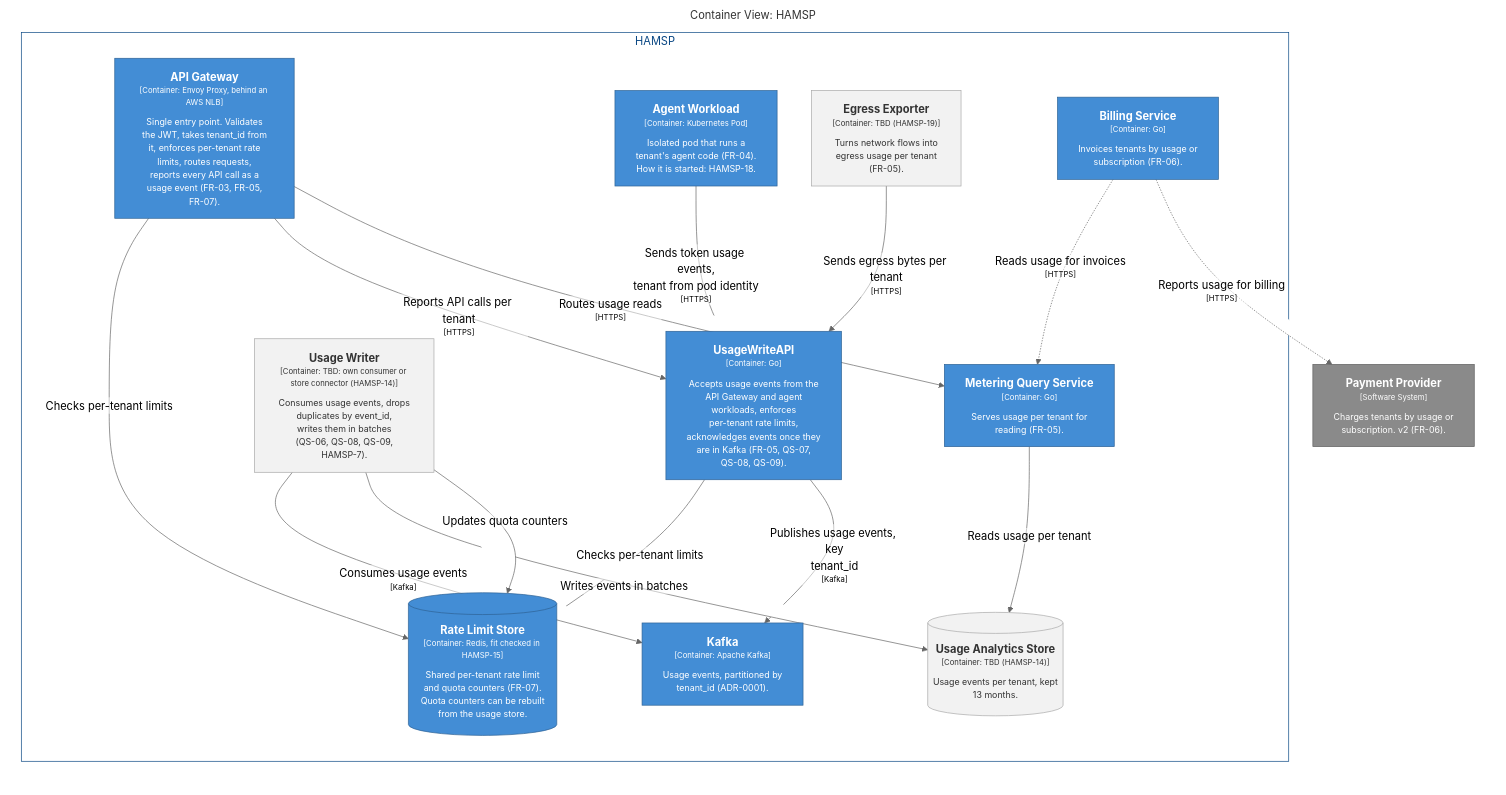
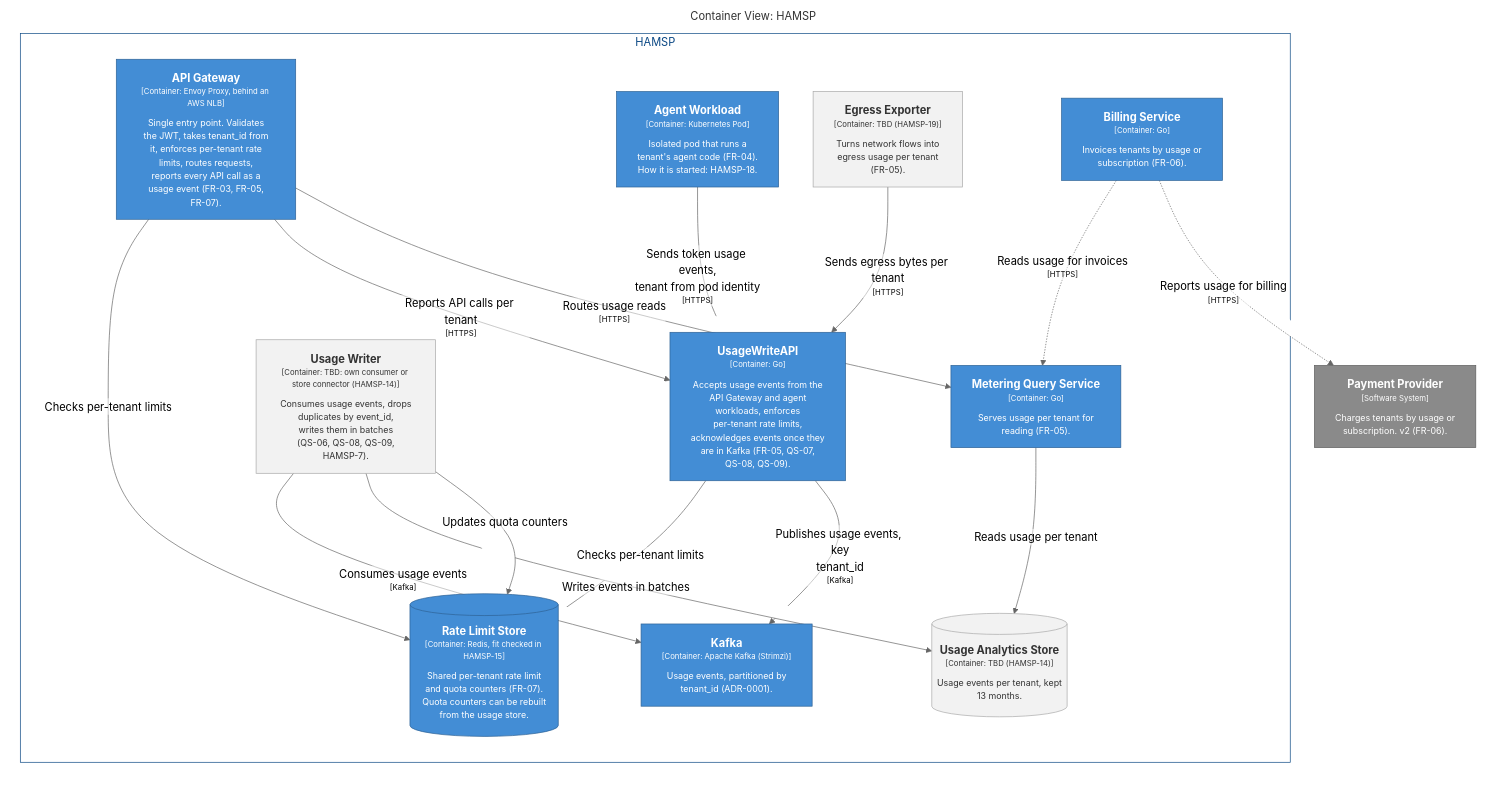
One commit to maksimillian1/ha-multitenant-saas-platform changed the diagram in docs/architecture/c4/structurizr-UsagePipeline.mmd. Above: the diagram before and after it, drawn with Mermaid (neutral theme). The commit also changed 5 other files, not shown here.

First line of the commit message:
HAMSP-8: ADR-0005, Kafka runs on Strimzi inside EKS

```diff
--- a/docs/architecture/c4/structurizr-UsagePipeline.mmd
+++ b/docs/architecture/c4/structurizr-UsagePipeline.mmd
@@ -1,49 +1,49 @@
 graph LR
   linkStyle default fill:#ffffff
 
   subgraph diagram ["Container View: HAMSP"]
     style diagram fill:#ffffff,stroke:#ffffff
 
     24["<div style='font-weight: bold'>Payment Provider</div><div style='font-size: 70%; margin-top: 0px'>[Software System]</div><div style='font-size: 80%; margin-top:10px'>Charges tenants by usage or<br />subscription. v2 (FR-06).</div>"]
     style 24 fill:#8a8a8a,stroke:#606060,color:#ffffff
 
     subgraph 4 ["HAMSP"]
       style 4 fill:#ffffff,stroke:#0b4884,color:#0b4884
 
       11["<div style='font-weight: bold'>Agent Workload</div><div style='font-size: 70%; margin-top: 0px'>[Container: Kubernetes Pod]</div><div style='font-size: 80%; margin-top:10px'>Isolated pod that runs a<br />tenant's agent code (FR-04).<br />How it is started: HAMSP-18.</div>"]
       style 11 fill:#438dd5,stroke:#2e6295,color:#ffffff
       12["<div style='font-weight: bold'>UsageWriteAPI</div><div style='font-size: 70%; margin-top: 0px'>[Container: Go]</div><div style='font-size: 80%; margin-top:10px'>Accepts usage events from the<br />API Gateway and agent<br />workloads, enforces<br />per-tenant rate limits,<br />acknowledges events once they<br />are in Kafka (FR-05, QS-07,<br />QS-08, QS-09).</div>"]
       style 12 fill:#438dd5,stroke:#2e6295,color:#ffffff
       13["<div style='font-weight: bold'>Egress Exporter</div><div style='font-size: 70%; margin-top: 0px'>[Container: TBD (HAMSP-19)]</div><div style='font-size: 80%; margin-top:10px'>Turns network flows into<br />egress usage per tenant<br />(FR-05).</div>"]
       style 13 fill:#f2f2f2,stroke:#a9a9a9,color:#333333
       14["<div style='font-weight: bold'>Usage Writer</div><div style='font-size: 70%; margin-top: 0px'>[Container: TBD: own consumer or store connector (HAMSP-14)]</div><div style='font-size: 80%; margin-top:10px'>Consumes usage events, drops<br />duplicates by event_id,<br />writes them in batches<br />(QS-06, QS-08, QS-09,<br />HAMSP-7).</div>"]
       style 14 fill:#f2f2f2,stroke:#a9a9a9,color:#333333
       15["<div style='font-weight: bold'>Metering Query Service</div><div style='font-size: 70%; margin-top: 0px'>[Container: Go]</div><div style='font-size: 80%; margin-top:10px'>Serves usage per tenant for<br />reading (FR-05).</div>"]
       style 15 fill:#438dd5,stroke:#2e6295,color:#ffffff
       16["<div style='font-weight: bold'>Billing Service</div><div style='font-size: 70%; margin-top: 0px'>[Container: Go]</div><div style='font-size: 80%; margin-top:10px'>Invoices tenants by usage or<br />subscription (FR-06).</div>"]
       style 16 fill:#438dd5,stroke:#2e6295,color:#ffffff
-      18["<div style='font-weight: bold'>Kafka</div><div style='font-size: 70%; margin-top: 0px'>[Container: Apache Kafka]</div><div style='font-size: 80%; margin-top:10px'>Usage events, partitioned by<br />tenant_id (ADR-0001).</div>"]
+      18["<div style='font-weight: bold'>Kafka</div><div style='font-size: 70%; margin-top: 0px'>[Container: Apache Kafka (Strimzi)]</div><div style='font-size: 80%; margin-top:10px'>Usage events, partitioned by<br />tenant_id (ADR-0001).</div>"]
       style 18 fill:#438dd5,stroke:#2e6295,color:#ffffff
       19[("<div style='font-weight: bold'>Usage Analytics Store</div><div style='font-size: 70%; margin-top: 0px'>[Container: TBD (HAMSP-14)]</div><div style='font-size: 80%; margin-top:10px'>Usage events per tenant, kept<br />13 months.</div>")]
       style 19 fill:#f2f2f2,stroke:#a9a9a9,color:#333333
       20[("<div style='font-weight: bold'>Rate Limit Store</div><div style='font-size: 70%; margin-top: 0px'>[Container: Redis, fit checked in HAMSP-15]</div><div style='font-size: 80%; margin-top:10px'>Shared per-tenant rate limit<br />and quota counters (FR-07).<br />Quota counters can be rebuilt<br />from the usage store.</div>")]
       style 20 fill:#438dd5,stroke:#2e6295,color:#ffffff
       7["<div style='font-weight: bold'>API Gateway</div><div style='font-size: 70%; margin-top: 0px'>[Container: Envoy Proxy, behind an AWS NLB]</div><div style='font-size: 80%; margin-top:10px'>Single entry point. Validates<br />the JWT, takes tenant_id from<br />it, enforces per-tenant rate<br />limits, routes requests,<br />reports every API call as a<br />usage event (FR-03, FR-05,<br />FR-07).</div>"]
       style 7 fill:#438dd5,stroke:#2e6295,color:#ffffff
     end
 
     7-- "<div>Checks per-tenant limits</div><div style='font-size: 70%'></div>" -->20
     7-- "<div>Reports API calls per tenant</div><div style='font-size: 70%'>[HTTPS]</div>" -->12
     11-- "<div>Sends token usage events,<br />tenant from pod identity</div><div style='font-size: 70%'>[HTTPS]</div>" -->12
     13-- "<div>Sends egress bytes per tenant</div><div style='font-size: 70%'>[HTTPS]</div>" -->12
     12-- "<div>Checks per-tenant limits</div><div style='font-size: 70%'></div>" -->20
     12-- "<div>Publishes usage events, key<br />tenant_id</div><div style='font-size: 70%'>[Kafka]</div>" -->18
     14-- "<div>Consumes usage events</div><div style='font-size: 70%'>[Kafka]</div>" -->18
     14-- "<div>Writes events in batches</div><div style='font-size: 70%'></div>" -->19
     14-- "<div>Updates quota counters</div><div style='font-size: 70%'></div>" -->20
     7-- "<div>Routes usage reads</div><div style='font-size: 70%'>[HTTPS]</div>" -->15
     15-- "<div>Reads usage per tenant</div><div style='font-size: 70%'></div>" -->19
     16-. "<div>Reads usage for invoices</div><div style='font-size: 70%'>[HTTPS]</div>" .->15
     16-. "<div>Reports usage for billing</div><div style='font-size: 70%'>[HTTPS]</div>" .->24
 
   end
```
